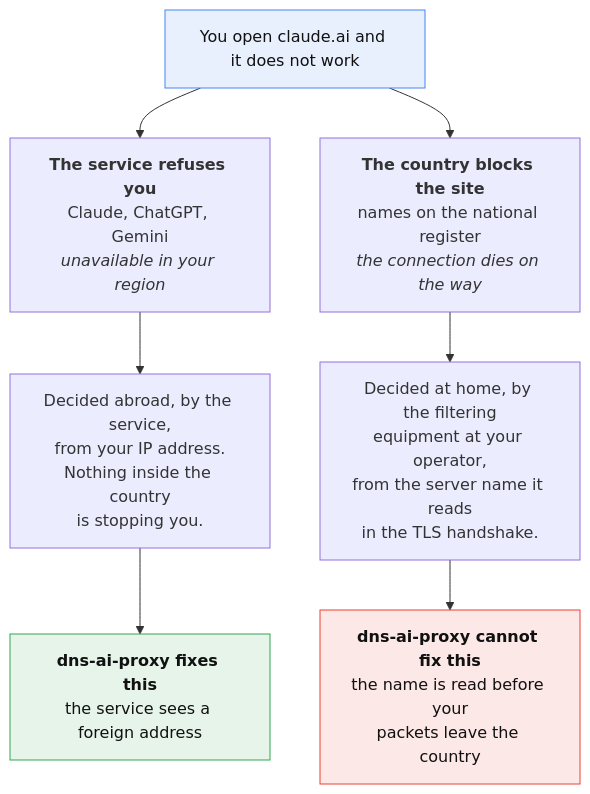
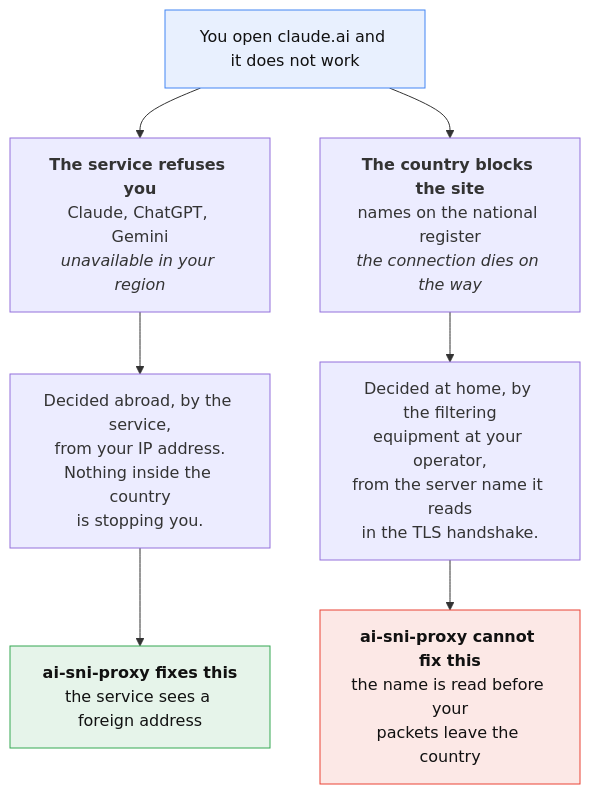
The first of 4 diagrams in README.en.md (SteepMans/ai-sni-proxy), drawn with Mermaid before and after one commit. The commit also changed other lines of this file and 16 other files, not shown here.

Commit message:
Rename the project to ai-sni-proxy: it routes by SNI and runs no DNS server

````diff
--- a/README.en.md
+++ b/README.en.md
@@ -25,17 +30,17 @@
 ```mermaid
 flowchart TB
     Q["You open claude.ai and it does not work"]
 
     Q --> A["<b>The service refuses you</b><br/>Claude, ChatGPT, Gemini<br/><i>unavailable in your region</i>"]
     Q --> B["<b>The country blocks the site</b><br/>names on the national register<br/><i>the connection dies on the way</i>"]
 
     A --> A1["Decided abroad, by the service,<br/>from your IP address.<br/>Nothing inside the country<br/>is stopping you."]
     B --> B1["Decided at home, by the filtering<br/>equipment at your operator,<br/>from the server name it reads<br/>in the TLS handshake."]
 
-    A1 --> A2["<b>dns-ai-proxy fixes this</b><br/>the service sees a foreign address"]
-    B1 --> B2["<b>dns-ai-proxy cannot fix this</b><br/>the name is read before your<br/>packets leave the country"]
+    A1 --> A2["<b>ai-sni-proxy fixes this</b><br/>the service sees a foreign address"]
+    B1 --> B2["<b>ai-sni-proxy cannot fix this</b><br/>the name is read before your<br/>packets leave the country"]
 
     style Q fill:#e8f0fe,stroke:#4285f4,color:#111
     style A2 fill:#e6f4ea,stroke:#34a853,color:#111
     style B2 fill:#fce8e6,stroke:#ea4335,color:#111
 ```
````
